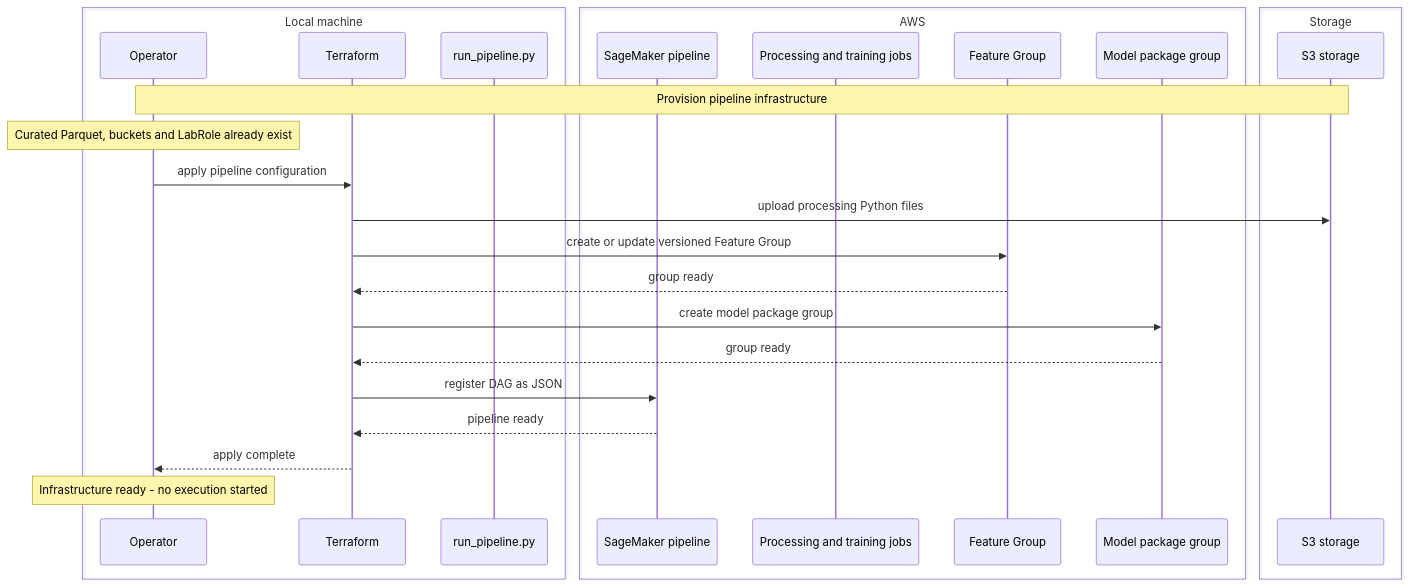
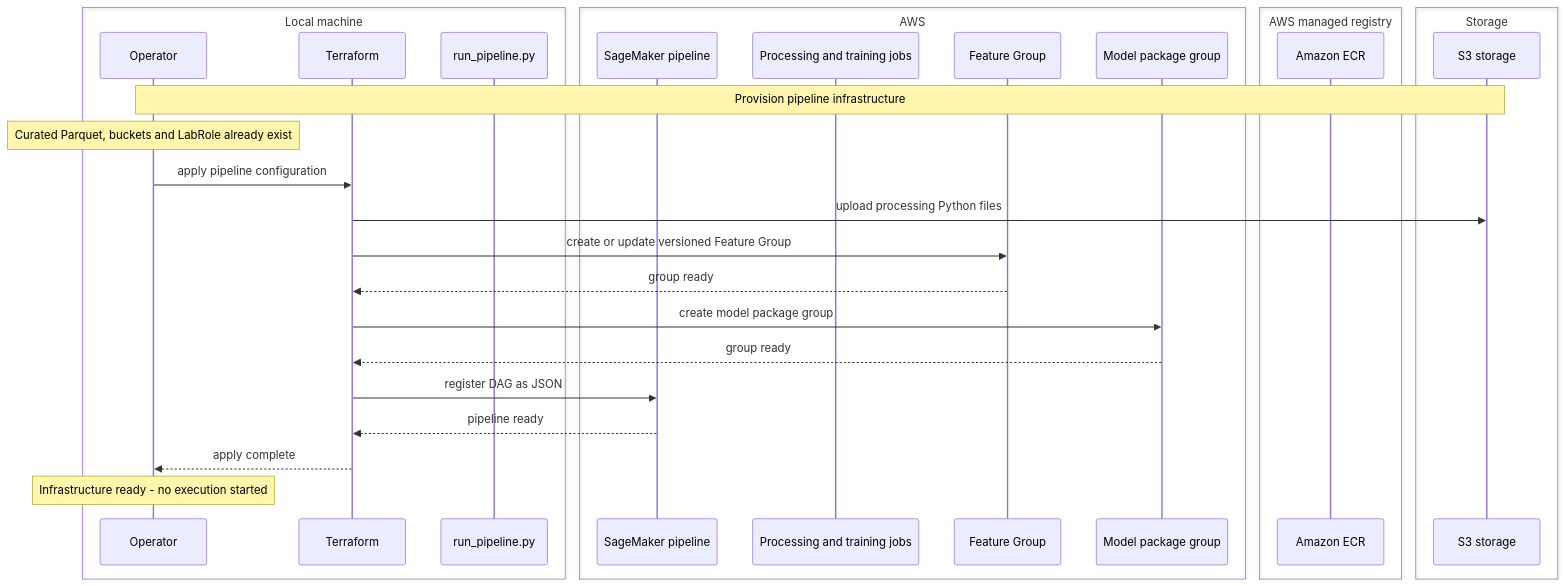
Before and after one commit to MaximeBoulat/customer-churn-pipeline: the diagram in Documentation/Pipeline/Children/Pipeline/Resources/SequenceDiagram_Construction_1.md, drawn with Mermaid. The commit also changed 8 other files, not shown here.

````diff
--- a/Documentation/Pipeline/Children/Pipeline/Resources/SequenceDiagram_Construction_1.md
+++ b/Documentation/Pipeline/Children/Pipeline/Resources/SequenceDiagram_Construction_1.md
@@ -1,29 +1,32 @@
 ```mermaid
 sequenceDiagram
     box Local machine
         participant Operator
         participant Terraform
         participant Launcher as run_pipeline.py
     end
     box AWS
         participant Pipeline as SageMaker pipeline
         participant Jobs as Processing and training jobs
         participant Group as Feature Group
         participant Registry as Model package group
+    end
+    box AWS managed registry
+        participant ECR as Amazon ECR
     end
     box Storage
         participant S3 as S3 storage
     end
     Note over Operator,S3: Provision pipeline infrastructure
     Note over Operator: Curated Parquet, buckets and LabRole already exist
     Operator->>Terraform: apply pipeline configuration
     Terraform->>S3: upload processing Python files
     Terraform->>Group: create or update versioned Feature Group
     Group-->>Terraform: group ready
     Terraform->>Registry: create model package group
     Registry-->>Terraform: group ready
     Terraform->>Pipeline: register DAG as JSON
     Pipeline-->>Terraform: pipeline ready
     Terraform-->>Operator: apply complete
     Note over Operator: Infrastructure ready - no execution started
 ```
````
